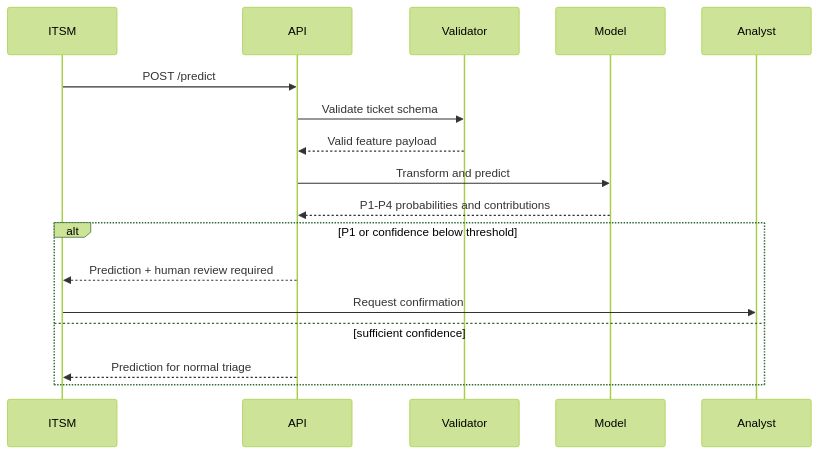
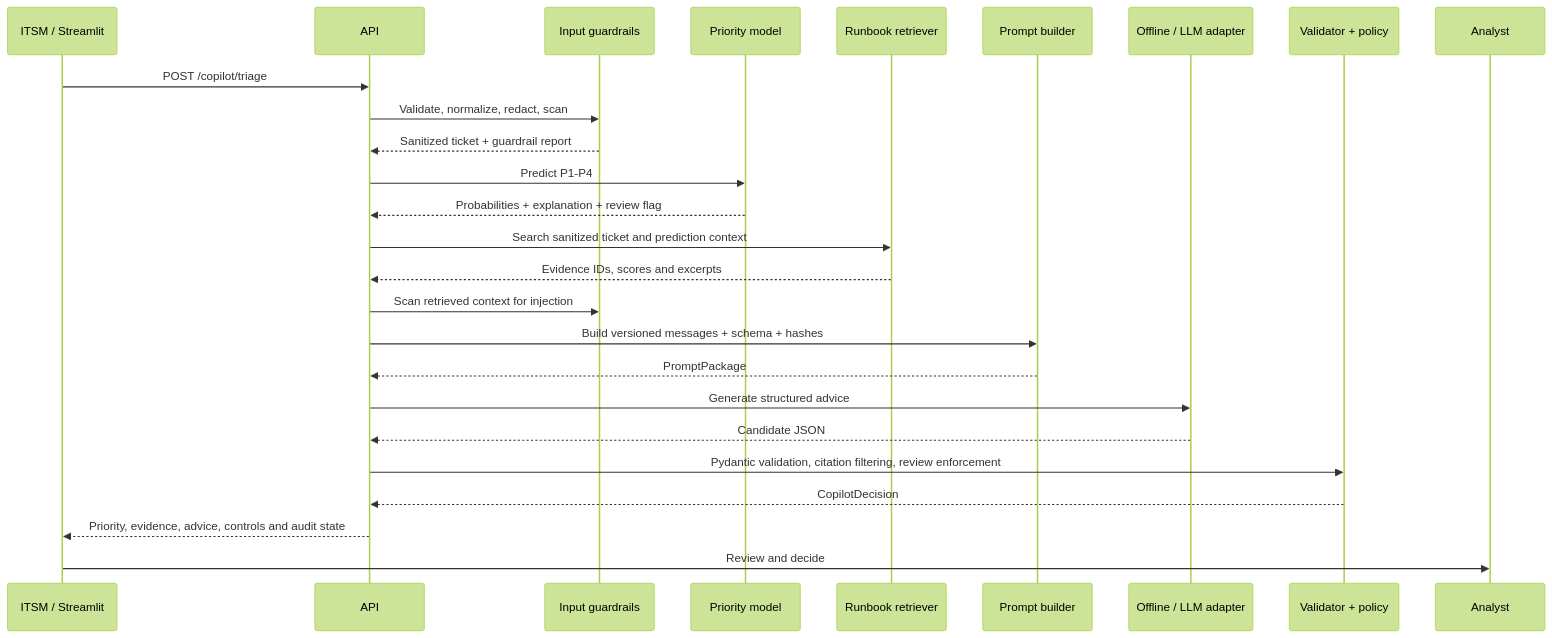
Before and after one commit to spawn187/ai-it-service-desk-priority-predictor: the third of 3 diagrams in docs/ARCHITECTURE.md, drawn with Mermaid (forest theme). The commit also changed other lines of this file and 65 other files, not shown here.

````diff
--- a/docs/ARCHITECTURE.md
+++ b/docs/ARCHITECTURE.md
@@ -79,20 +98,29 @@
 ```mermaid
 sequenceDiagram
-    participant ITSM
+    participant Client as ITSM / Streamlit
     participant API
-    participant Validator
-    participant Model
+    participant Guard as Input guardrails
+    participant ML as Priority model
+    participant RAG as Runbook retriever
+    participant Prompt as Prompt builder
+    participant Gen as Offline / LLM adapter
+    participant Policy as Validator + policy
     participant Analyst
 
-    ITSM->>API: POST /predict
-    API->>Validator: Validate ticket schema
-    Validator-->>API: Valid feature payload
-    API->>Model: Transform and predict
-    Model-->>API: P1-P4 probabilities and contributions
-    alt P1 or confidence below threshold
-        API-->>ITSM: Prediction + human review required
-        ITSM->>Analyst: Request confirmation
-    else sufficient confidence
-        API-->>ITSM: Prediction for normal triage
-    end
+    Client->>API: POST /copilot/triage
+    API->>Guard: Validate, normalize, redact, scan
+    Guard-->>API: Sanitized ticket + guardrail report
+    API->>ML: Predict P1-P4
+    ML-->>API: Probabilities + explanation + review flag
+    API->>RAG: Search sanitized ticket and prediction context
+    RAG-->>API: Evidence IDs, scores and excerpts
+    API->>Guard: Scan retrieved context for injection
+    API->>Prompt: Build versioned messages + schema + hashes
+    Prompt-->>API: PromptPackage
+    API->>Gen: Generate structured advice
+    Gen-->>API: Candidate JSON
+    API->>Policy: Pydantic validation, citation filtering, review enforcement
+    Policy-->>API: CopilotDecision
+    API-->>Client: Priority, evidence, advice, controls and audit state
+    Client->>Analyst: Review and decide
 ```
````
